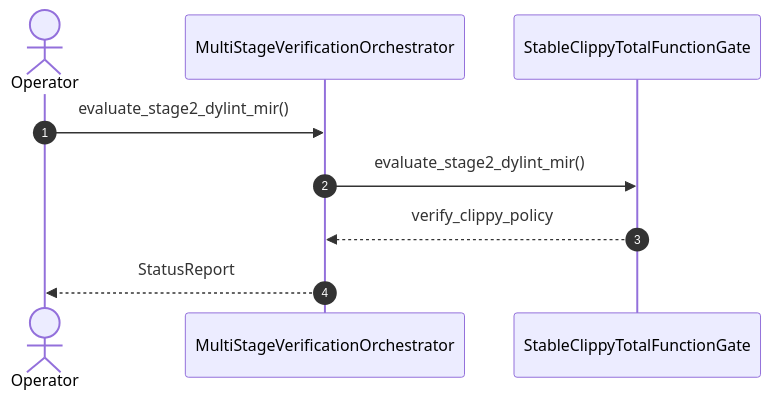
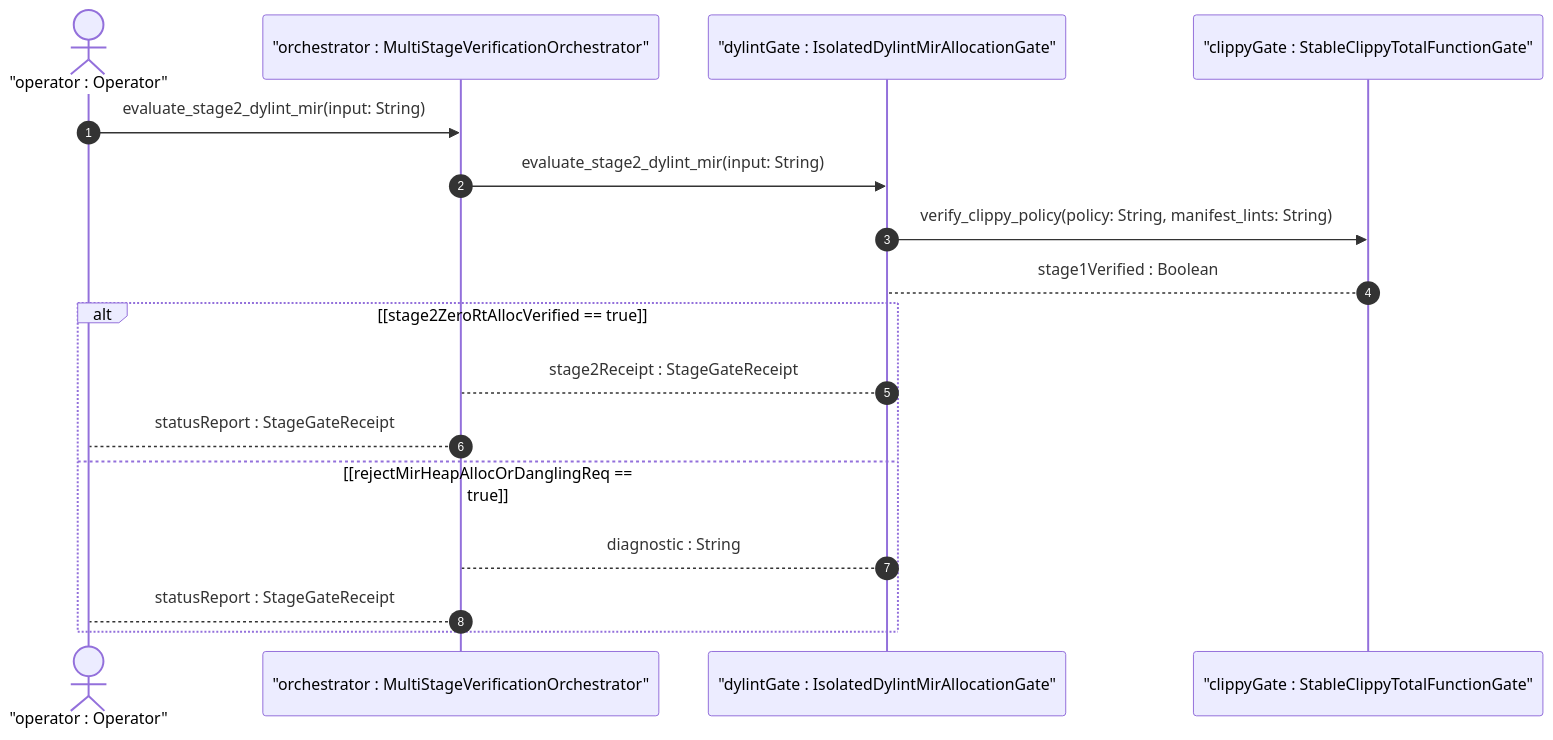
Before and after one commit to gintatkinson/DEAP01-spec-core: the first of 2 diagrams in .pipeline/upstream/docs/user-stories/US-61-evaluate_stage2_dylint_mir.md, drawn with Mermaid. The commit also changed other lines of this file and 225 other files, not shown here.

````diff
--- a/.pipeline/upstream/docs/user-stories/US-61-evaluate_stage2_dylint_mir.md
+++ b/.pipeline/upstream/docs/user-stories/US-61-evaluate_stage2_dylint_mir.md
@@ -37,11 +38,19 @@
 ```mermaid
 sequenceDiagram
     autonumber
-    actor Operator
-    participant MultiStageVerificationOrchestrator
-    participant StableClippyTotalFunctionGate
-    Operator->>MultiStageVerificationOrchestrator: evaluate_stage2_dylint_mir()
-    MultiStageVerificationOrchestrator->>StableClippyTotalFunctionGate: evaluate_stage2_dylint_mir()
-    StableClippyTotalFunctionGate-->>MultiStageVerificationOrchestrator: verify_clippy_policy
-    MultiStageVerificationOrchestrator-->>Operator: StatusReport
+    actor Operator as "operator : Operator"
+    participant MultiStageVerificationOrchestrator as "orchestrator : MultiStageVerificationOrchestrator"
+    participant IsolatedDylintMirAllocationGate as "dylintGate : IsolatedDylintMirAllocationGate"
+    participant StableClippyTotalFunctionGate as "clippyGate : StableClippyTotalFunctionGate"
+    Operator->>MultiStageVerificationOrchestrator: evaluate_stage2_dylint_mir(input: String)
+    MultiStageVerificationOrchestrator->>IsolatedDylintMirAllocationGate: evaluate_stage2_dylint_mir(input: String)
+    IsolatedDylintMirAllocationGate->>StableClippyTotalFunctionGate: verify_clippy_policy(policy: String, manifest_lints: String)
+    StableClippyTotalFunctionGate-->IsolatedDylintMirAllocationGate: stage1Verified : Boolean
+    alt [stage2ZeroRtAllocVerified == true]
+        IsolatedDylintMirAllocationGate-->MultiStageVerificationOrchestrator: stage2Receipt : StageGateReceipt
+        MultiStageVerificationOrchestrator-->Operator: statusReport : StageGateReceipt
+    else [rejectMirHeapAllocOrDanglingReq == true]
+        IsolatedDylintMirAllocationGate-->MultiStageVerificationOrchestrator: diagnostic : String
+        MultiStageVerificationOrchestrator-->Operator: statusReport : StageGateReceipt
+    end
 ```
````
